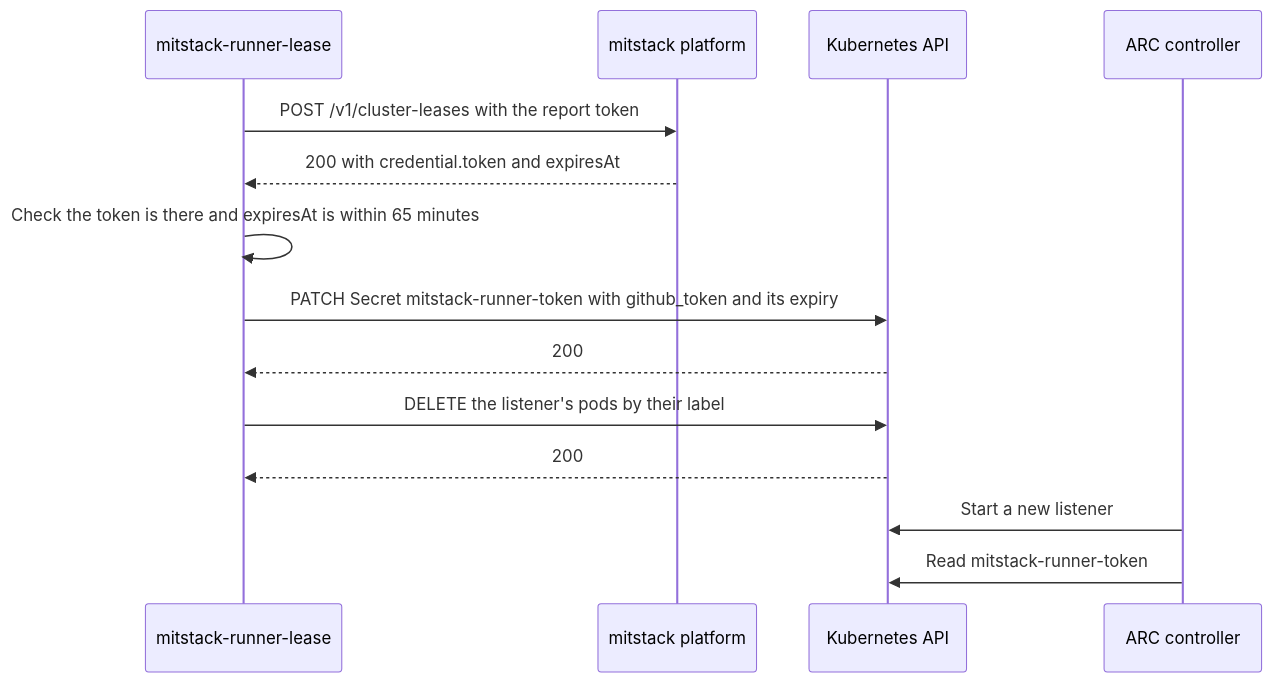
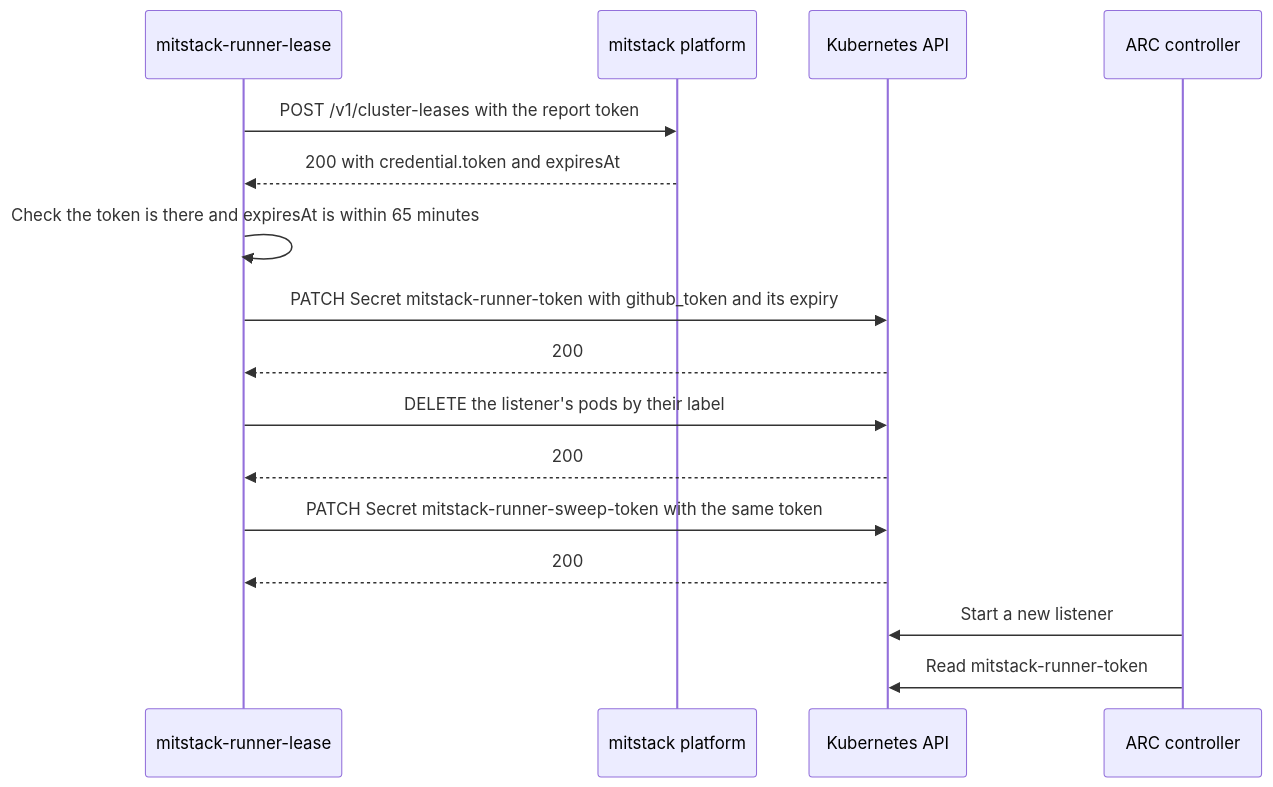
The second of 3 diagrams in docs/runner-services.md (mitstack-eu/talos-cluster-kit), drawn with Mermaid before and after one commit. The commit also changed other lines of this file and 16 other files, not shown here.

````diff
--- a/docs/runner-services.md
+++ b/docs/runner-services.md
@@ -389,16 +402,18 @@
 ```mermaid
 sequenceDiagram
   participant Job as mitstack-runner-lease
   participant Platform as mitstack platform
   participant API as Kubernetes API
   participant ARC as ARC controller
   Job->>Platform: POST /v1/cluster-leases with the report token
   Platform-->>Job: 200 with credential.token and expiresAt
   Job->>Job: Check the token is there and expiresAt is within 65 minutes
   Job->>API: PATCH Secret mitstack-runner-token with github_token and its expiry
   API-->>Job: 200
   Job->>API: DELETE the listener's pods by their label
   API-->>Job: 200
+  Job->>API: PATCH Secret mitstack-runner-sweep-token with the same token
+  API-->>Job: 200
   ARC->>API: Start a new listener
   ARC->>API: Read mitstack-runner-token
 ```
````
